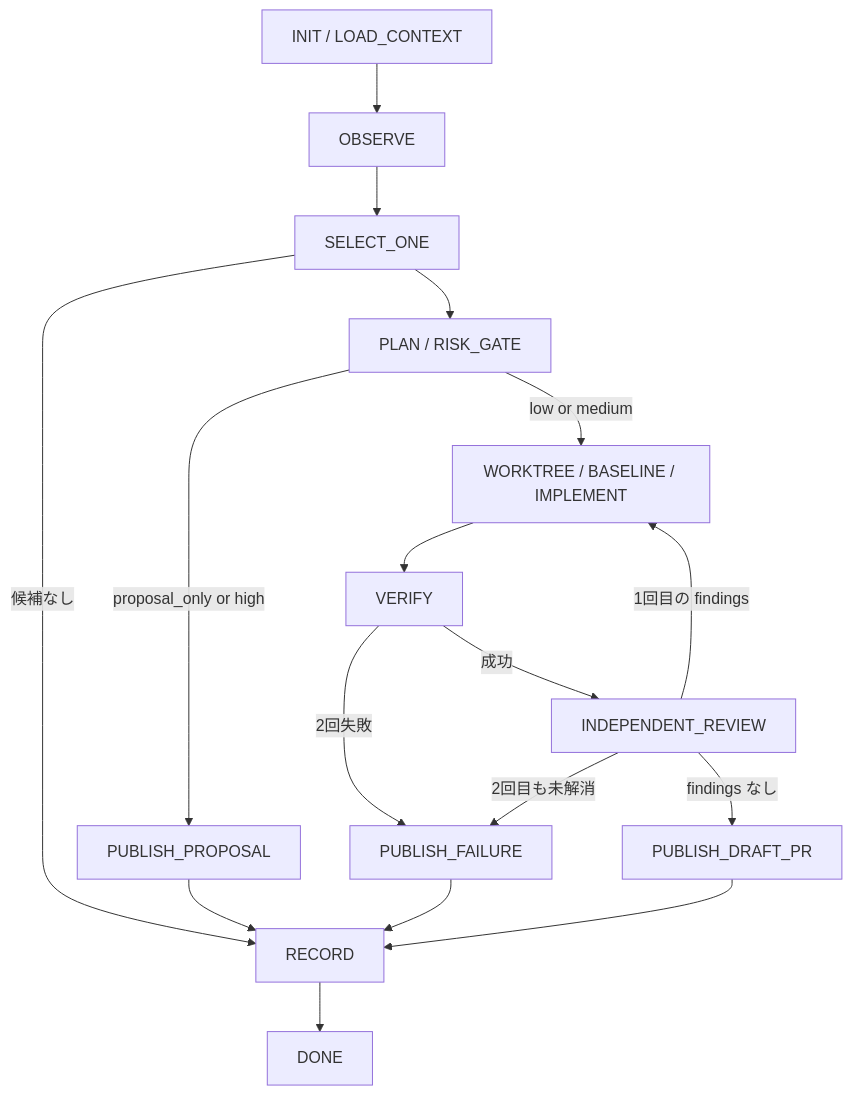
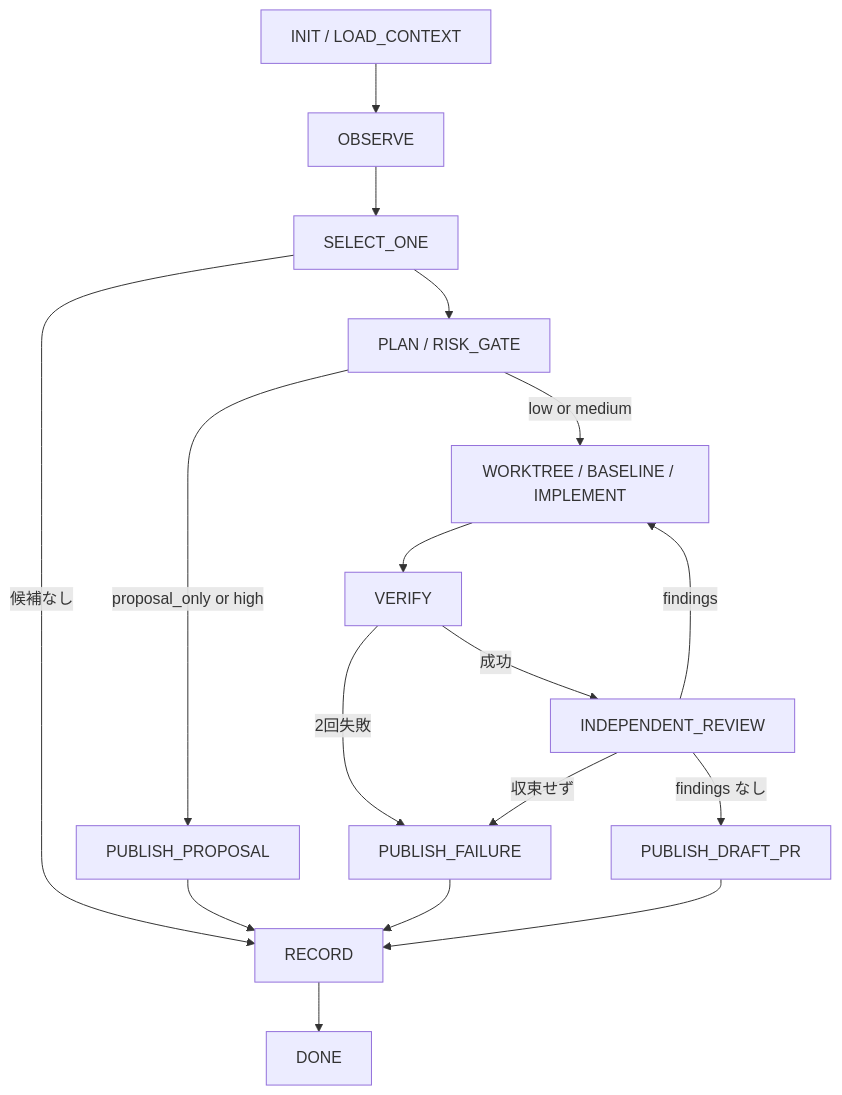
One commit to murakotaro4/devkit changed the diagram in plugins/devkit/skills/repo-loop/SKILL.md. Above: the diagram before and after it, drawn with Mermaid. The commit also changed other lines of this file and 6 other files, not shown here.

````diff
--- a/plugins/devkit/skills/repo-loop/SKILL.md
+++ b/plugins/devkit/skills/repo-loop/SKILL.md
@@ -71,19 +71,19 @@
 ```mermaid
 flowchart TD
   A[INIT / LOAD_CONTEXT] --> B[OBSERVE]
   B --> C[SELECT_ONE]
   C -->|候補なし| R[RECORD]
   C --> D[PLAN / RISK_GATE]
   D -->|proposal_only or high| P[PUBLISH_PROPOSAL]
   D -->|low or medium| E[WORKTREE / BASELINE / IMPLEMENT]
   E --> F[VERIFY]
   F -->|成功| G[INDEPENDENT_REVIEW]
   F -->|2回失敗| X[PUBLISH_FAILURE]
   G -->|findings なし| H[PUBLISH_DRAFT_PR]
-  G -->|1回目の findings| E
-  G -->|2回目も未解消| X
+  G -->|findings| E
+  G -->|収束せず| X
   P --> R
   X --> R
   H --> R
   R --> S[DONE]
 ```
````
